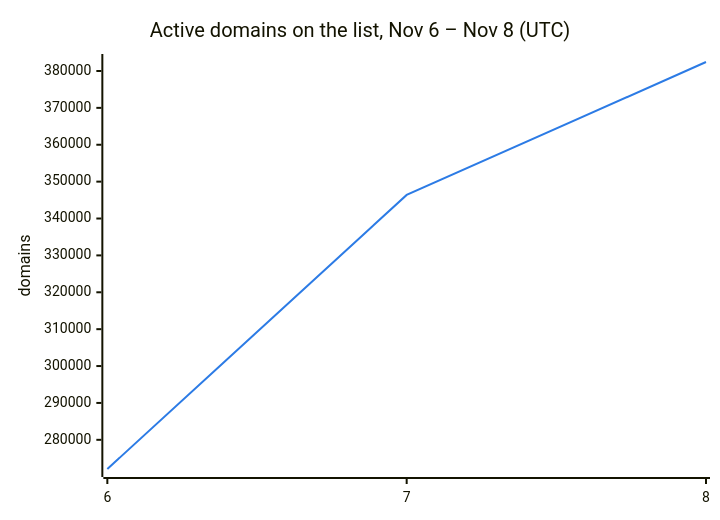
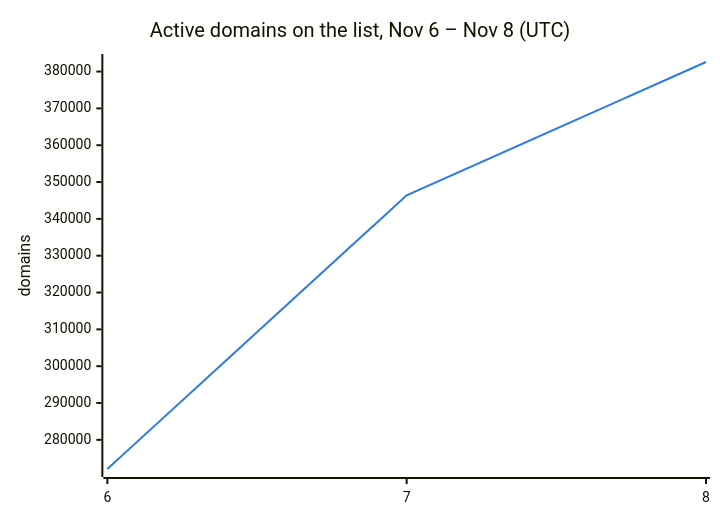
The second of 3 diagrams in README.md (DNSBunker/CTI), drawn with Mermaid before and after one commit. The commit also changed other lines of this file and 3 other files, not shown here.

````diff
--- a/README.md
+++ b/README.md
@@ -38,8 +38,8 @@
 ```mermaid
 %%{init: {"themeVariables": {"xyChart": {"plotColorPalette": "#2c7be5"}}}}%%
 xychart-beta
     title "Active domains on the list, Nov 6 – Nov 8 (UTC)"
     x-axis ["6", "7", "8"]
     y-axis "domains"
-    line [272088, 346388, 382435]
+    line [272088, 346388, 382596]
 ```
````
